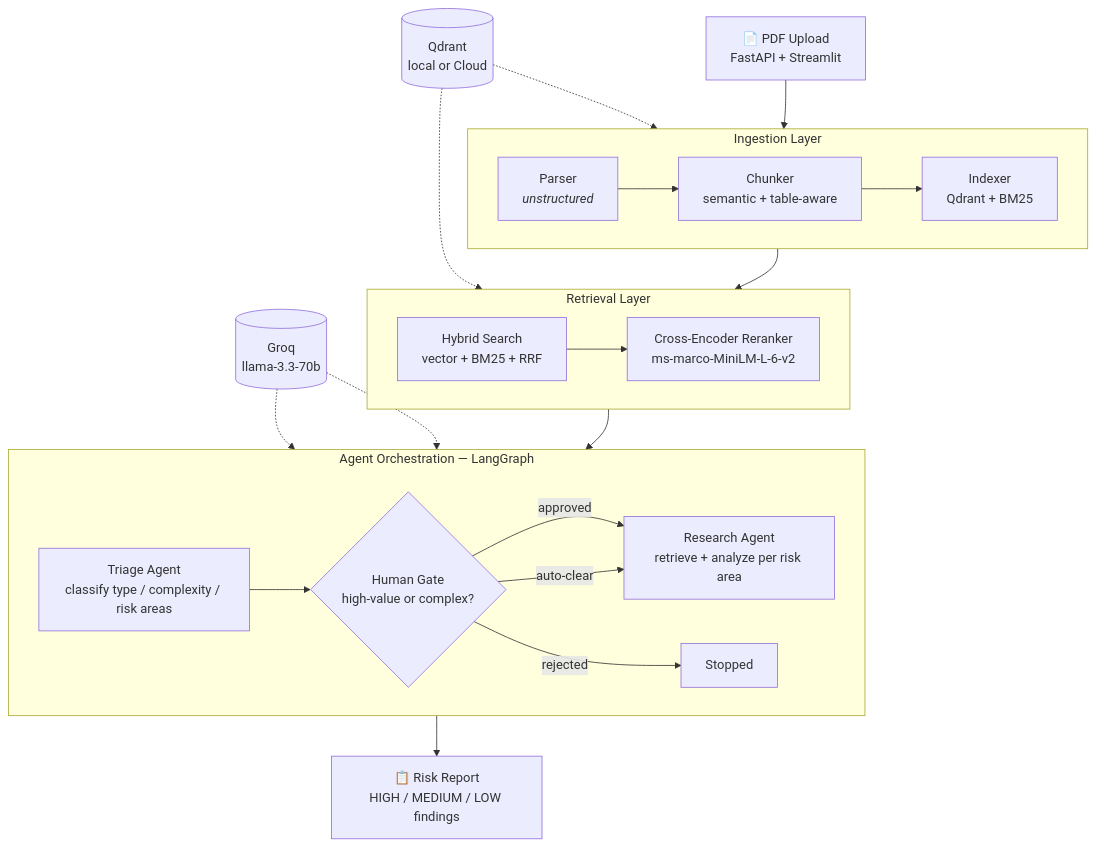
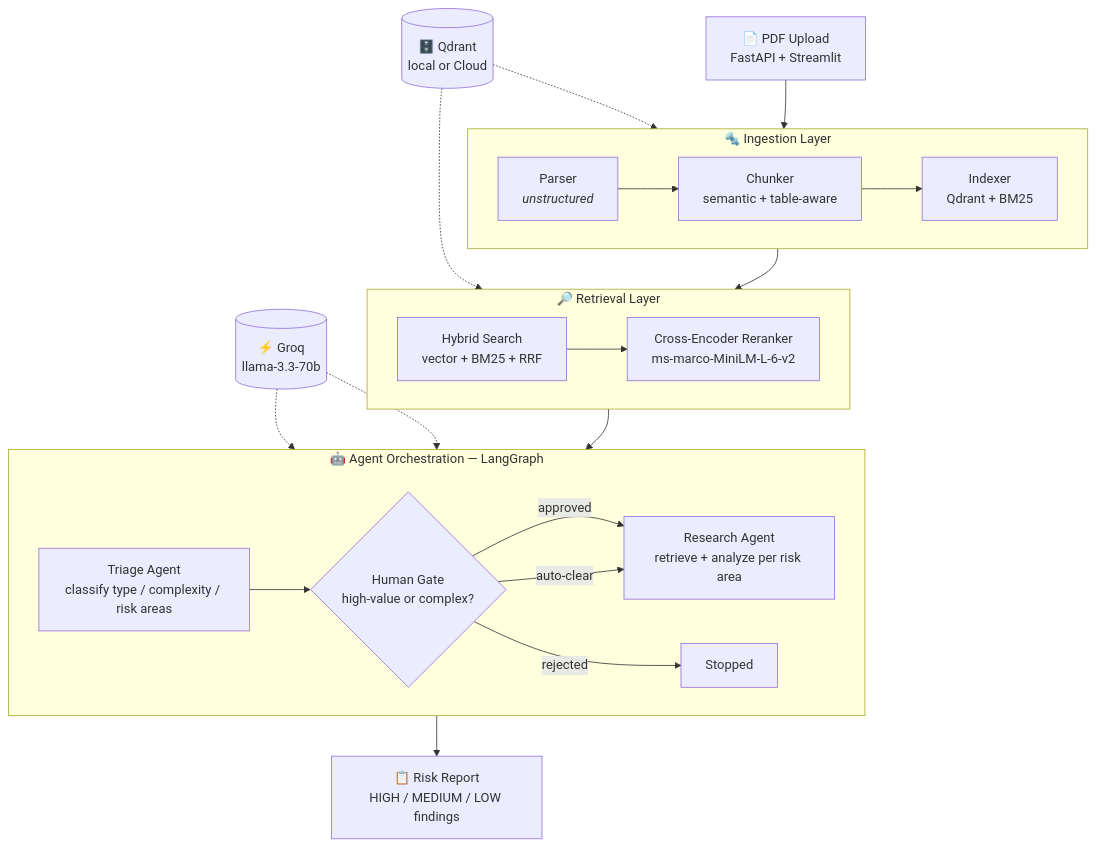
Before and after one commit to rahulbicky/contract-analysis-tool: the diagram in README.md, drawn with Mermaid. The commit also changed other lines of this file, not shown here.

````diff
--- a/README.md
+++ b/README.md
@@ -23,42 +45,42 @@
 ```mermaid
 flowchart TD
     Upload["📄 PDF Upload<br/>FastAPI + Streamlit"]
 
-    subgraph Ingestion["Ingestion Layer"]
+    subgraph Ingestion["🔩 Ingestion Layer"]
         direction LR
         Parser["Parser<br/><i>unstructured</i>"]
         Chunker["Chunker<br/>semantic + table-aware"]
         Indexer["Indexer<br/>Qdrant + BM25"]
         Parser --> Chunker --> Indexer
     end
 
-    subgraph Retrieval["Retrieval Layer"]
+    subgraph Retrieval["🔎 Retrieval Layer"]
         direction LR
         Hybrid["Hybrid Search<br/>vector + BM25 + RRF"]
         Reranker["Cross-Encoder Reranker<br/>ms-marco-MiniLM-L-6-v2"]
         Hybrid --> Reranker
     end
 
-    subgraph Agents["Agent Orchestration — LangGraph"]
+    subgraph Agents["🤖 Agent Orchestration — LangGraph"]
         direction LR
         Triage["Triage Agent<br/>classify type / complexity / risk areas"]
         Gate{"Human Gate<br/>high-value or complex?"}
         Research["Research Agent<br/>retrieve + analyze per risk area"]
         Triage --> Gate
         Gate -->|approved| Research
         Gate -->|auto-clear| Research
         Gate -->|rejected| Stopped["Stopped"]
     end
 
     Report["📋 Risk Report<br/>HIGH / MEDIUM / LOW findings"]
 
     Upload --> Ingestion
     Ingestion --> Retrieval
     Retrieval --> Agents
     Research --> Report
 
-    Groq[("Groq<br/>llama-3.3-70b")] -.-> Triage
+    Groq[("⚡ Groq<br/>llama-3.3-70b")] -.-> Triage
     Groq -.-> Research
-    QdrantDB[("Qdrant<br/>local or Cloud")] -.-> Indexer
+    QdrantDB[("🗄️ Qdrant<br/>local or Cloud")] -.-> Indexer
     QdrantDB -.-> Hybrid
 ```
````
